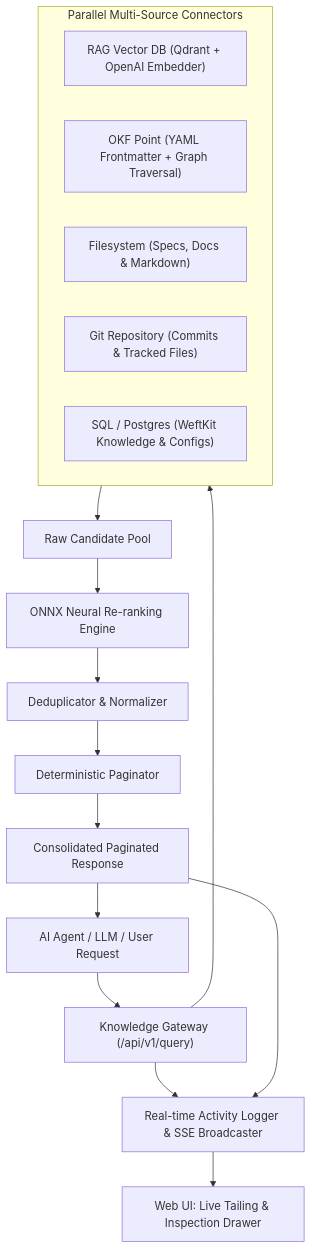
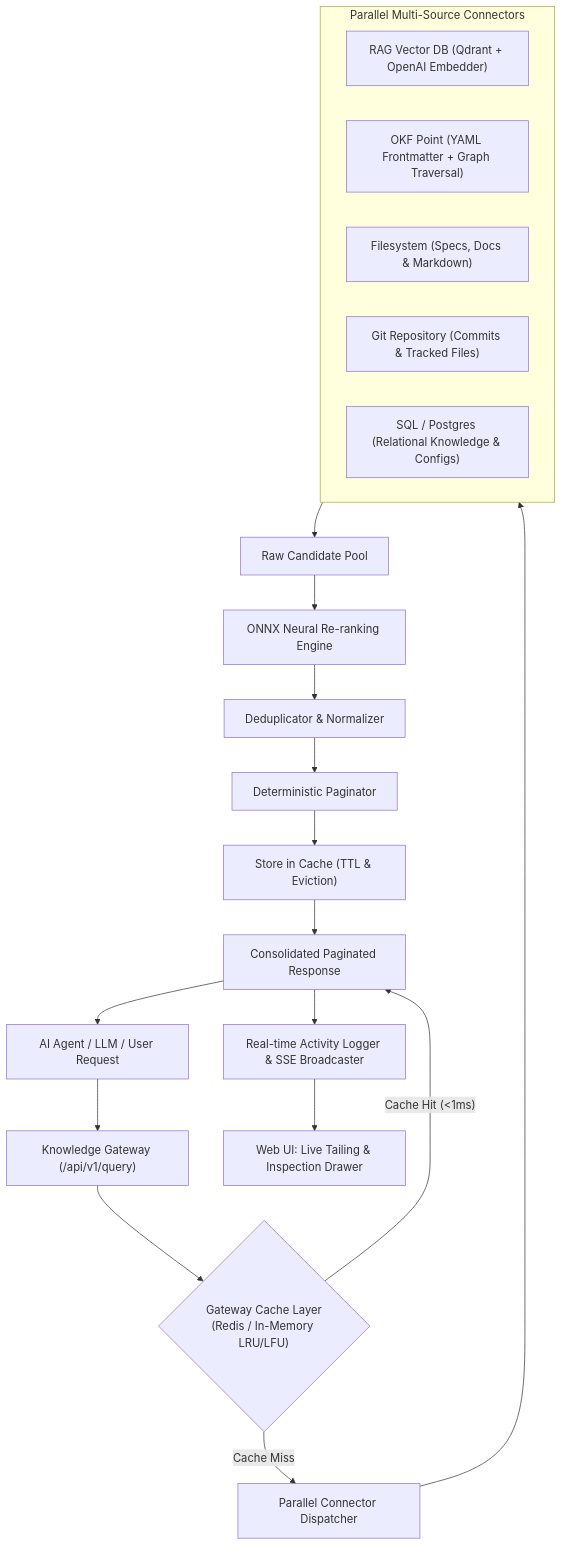
Before and after one commit to karthikrameshdev/knowledge-gateway: the diagram in README.md, drawn with Mermaid. The commit also changed other lines of this file and 31 other files, not shown here.

Commit message:
feat: add Redis and In-Memory caching layer, remove WeftKit references, and update relational schema

````diff
--- a/README.md
+++ b/README.md
@@ -19,25 +19,28 @@
 ```mermaid
 flowchart TD
     Client["AI Agent / LLM / User Request"] --> GatewayAPI["Knowledge Gateway (/api/v1/query)"]
-    GatewayAPI --> Logger["Real-time Activity Logger & SSE Broadcaster"]
+    GatewayAPI --> CacheManager{"Gateway Cache Layer\n(Redis / In-Memory LRU/LFU)"}
+    CacheManager -- "Cache Hit (<1ms)" --> UnifiedResponse["Consolidated Paginated Response"]
+    CacheManager -- "Cache Miss" --> Dispatcher["Parallel Connector Dispatcher"]
     
     subgraph Connectors ["Parallel Multi-Source Connectors"]
         RAG["RAG Vector DB (Qdrant + OpenAI Embedder)"]
         OKF["OKF Point (YAML Frontmatter + Graph Traversal)"]
         FS["Filesystem (Specs, Docs & Markdown)"]
         GIT["Git Repository (Commits & Tracked Files)"]
-        SQL["SQL / Postgres (WeftKit Knowledge & Configs)"]
+        SQL["SQL / Postgres (Relational Knowledge & Configs)"]
     end
     
-    GatewayAPI --> Connectors
+    Dispatcher --> Connectors
     Connectors --> RawCandidates["Raw Candidate Pool"]
     
     RawCandidates --> ONNXEngine["ONNX Neural Re-ranking Engine"]
     ONNXEngine --> Deduplicator["Deduplicator & Normalizer"]
     Deduplicator --> Paginator["Deterministic Paginator"]
-    Paginator --> UnifiedResponse["Consolidated Paginated Response"]
+    Paginator --> StoreCache["Store in Cache (TTL & Eviction)"]
+    StoreCache --> UnifiedResponse
     
     UnifiedResponse --> Client
-    UnifiedResponse --> Logger
+    UnifiedResponse --> Logger["Real-time Activity Logger & SSE Broadcaster"]
     Logger --> WebUI["Web UI: Live Tailing & Inspection Drawer"]
 ```
````
